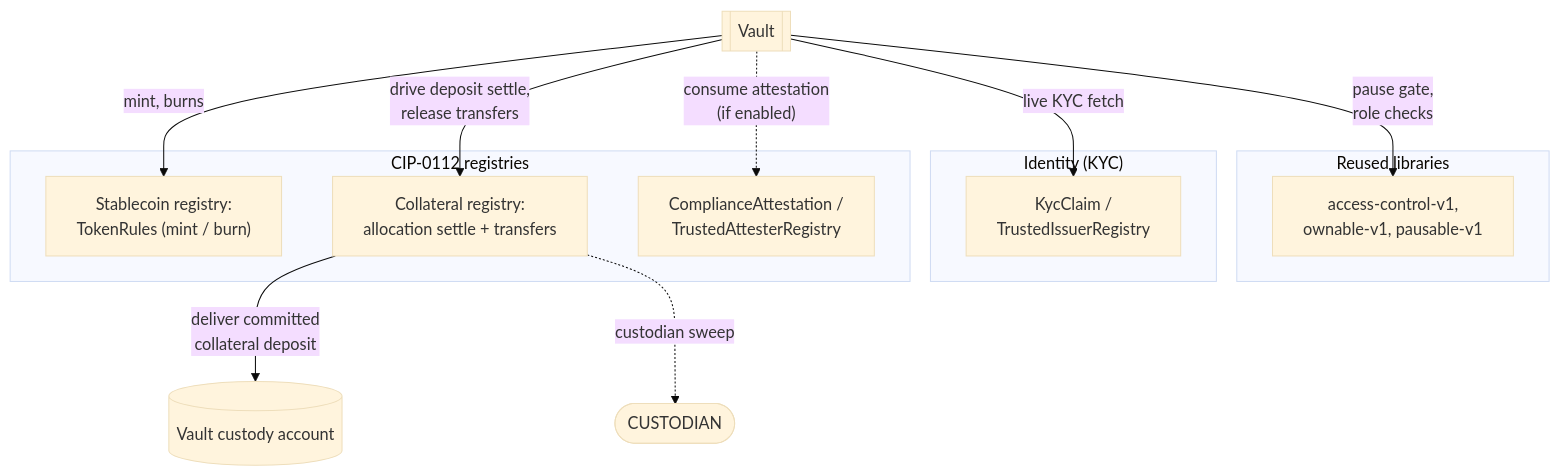
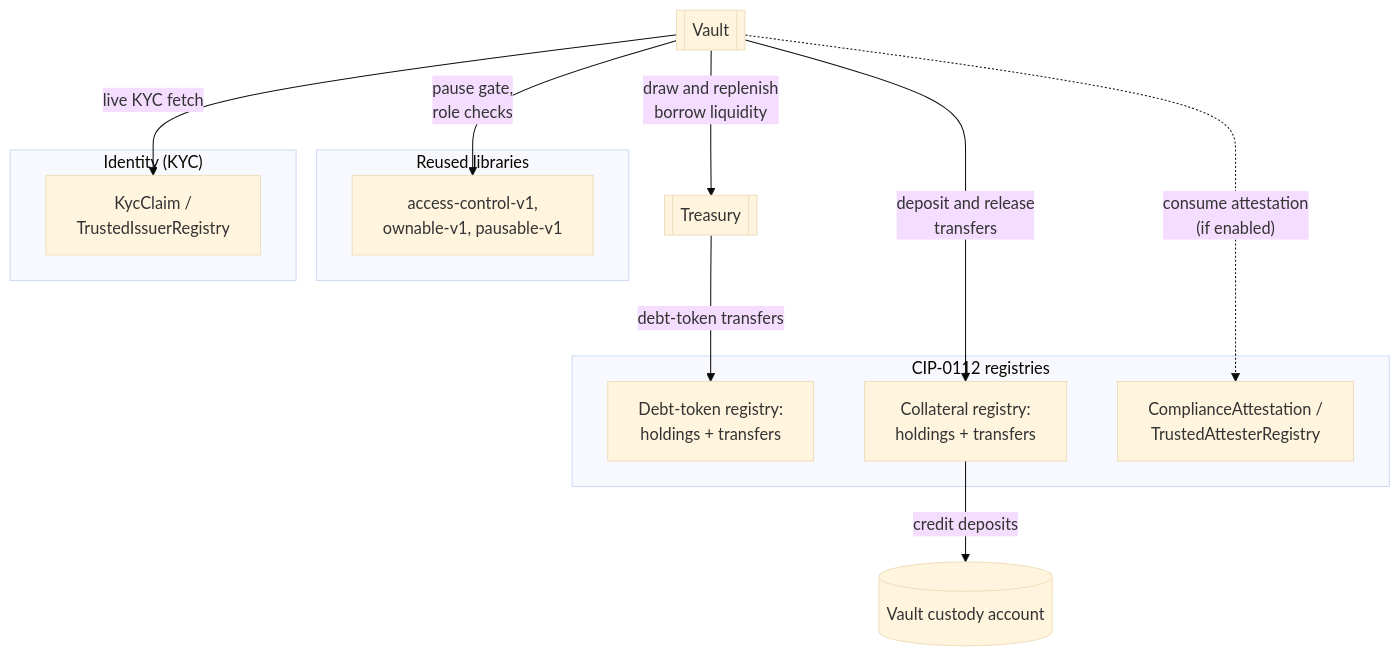
Before and after one commit to OpenZeppelin/canton-specs: the second of 8 diagrams in docs/reference-architectures/lending.md, drawn with Mermaid (base theme). The commit also changed other lines of this file and 3 other files, not shown here.

````diff
--- a/docs/reference-architectures/lending.md
+++ b/docs/reference-architectures/lending.md
@@ -157,28 +159,28 @@
 ```mermaid
 flowchart TB
     Vault[["Vault"]]
+    Treasury[["Treasury"]]
     Custody[("Vault custody account")]
-    Custodian([CUSTODIAN])
 
     subgraph Libraries["Reused libraries"]
         Gov["access-control-v1,<br/>ownable-v1, pausable-v1"]
     end
 
     subgraph Identity["Identity (KYC)"]
         Kyc["KycClaim /<br/>TrustedIssuerRegistry"]
     end
 
     subgraph Rail["CIP-0112 registries"]
-        Rules["Stablecoin registry:<br/>TokenRules (mint / burn)"]
-        Coll["Collateral registry:<br/>allocation settle + transfers"]
+        Debt["Debt-token registry:<br/>holdings + transfers"]
+        Coll["Collateral registry:<br/>holdings + transfers"]
         Att["ComplianceAttestation /<br/>TrustedAttesterRegistry"]
     end
 
     Vault -->|"pause gate,<br/>role checks"| Gov
     Vault -->|"live KYC fetch"| Kyc
-    Vault -->|"mint, burns"| Rules
+    Vault -->|"draw and replenish<br/>borrow liquidity"| Treasury
+    Treasury -->|"debt-token transfers"| Debt
     Vault -.->|"consume attestation<br/>(if enabled)"| Att
-    Vault -->|"drive deposit settle,<br/>release transfers"| Coll
-    Coll -->|"deliver committed<br/>collateral deposit"| Custody
-    Coll -.->|"custodian sweep"| Custodian
+    Vault -->|"deposit and release<br/>transfers"| Coll
+    Coll -->|"credit deposits"| Custody
 ```
````
